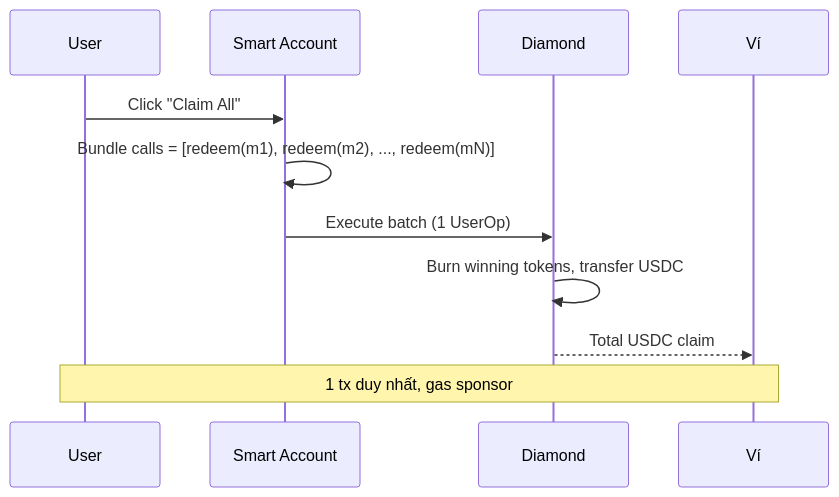
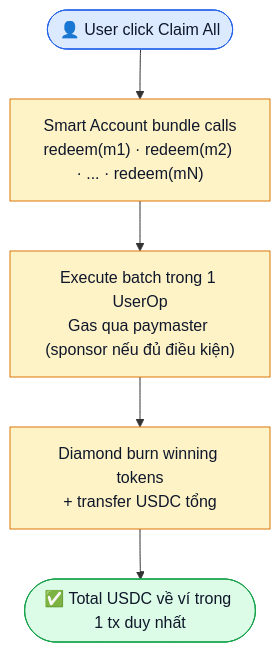
Before and after one commit to PrediX-Protocol/predix-docs: the first of 2 diagrams in vi_v6/huong-dan/redeem-va-claim.md, drawn with Mermaid. The commit also changed other lines of this file and 17 other files, not shown here.

First line of the commit message:
docs(vi_v6): convert all 22 sequenceDiagram → flowchart TD (no overlap UX issue)

````diff
--- a/vi_v6/huong-dan/redeem-va-claim.md
+++ b/vi_v6/huong-dan/redeem-va-claim.md
@@ -23,14 +23,15 @@
 ```mermaid
-sequenceDiagram
-    participant U as User
-    participant SA as Smart Account
-    participant D as Diamond
-    participant W as Ví
+flowchart TD
+    Start(["👤 User click Claim All"])
+    Start --> S1["Smart Account bundle calls<br/>redeem(m1) · redeem(m2) · ... · redeem(mN)"]
+    S1 --> S2["Execute batch trong 1 UserOp<br/>Gas qua paymaster (sponsor nếu đủ điều kiện)"]
+    S2 --> S3["Diamond burn winning tokens<br/>+ transfer USDC tổng"]
+    S3 --> End(["✅ Total USDC về ví trong 1 tx duy nhất"])
 
-    U->>SA: Click "Claim All"
-    SA->>SA: Bundle calls = [redeem(m1), redeem(m2), ..., redeem(mN)]
-    SA->>D: Execute batch (1 UserOp)
-    D->>D: Burn winning tokens, transfer USDC
-    D-->>W: Total USDC claim
-    Note over U,W: 1 tx duy nhất, gas sponsor
+    classDef st fill:#dbeafe,stroke:#2563eb,color:#0f172a
+    classDef step fill:#fef3c7,stroke:#d97706,color:#0f172a
+    classDef ok fill:#dcfce7,stroke:#16a34a,color:#0f172a
+    class Start st
+    class S1,S2,S3 step
+    class End ok
 ```
````
